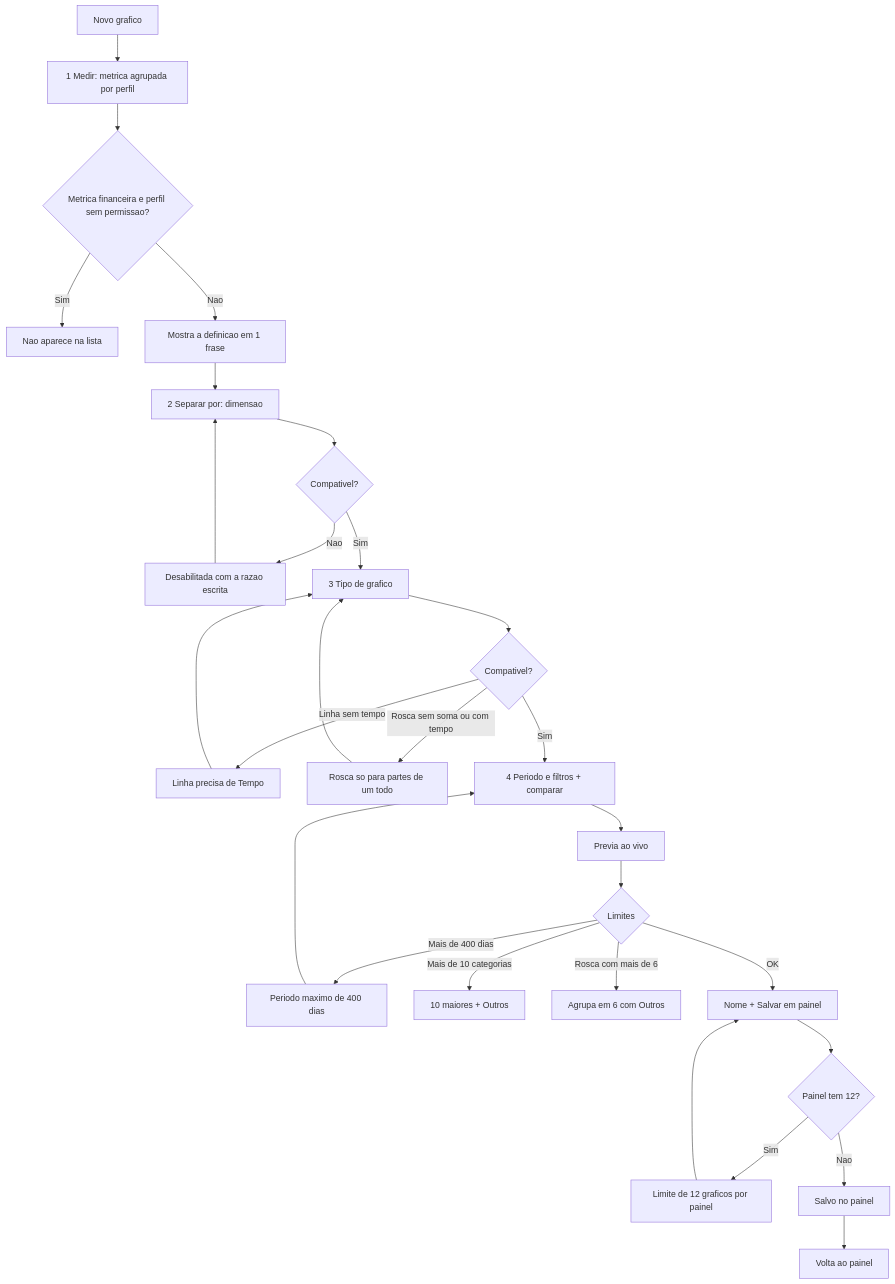
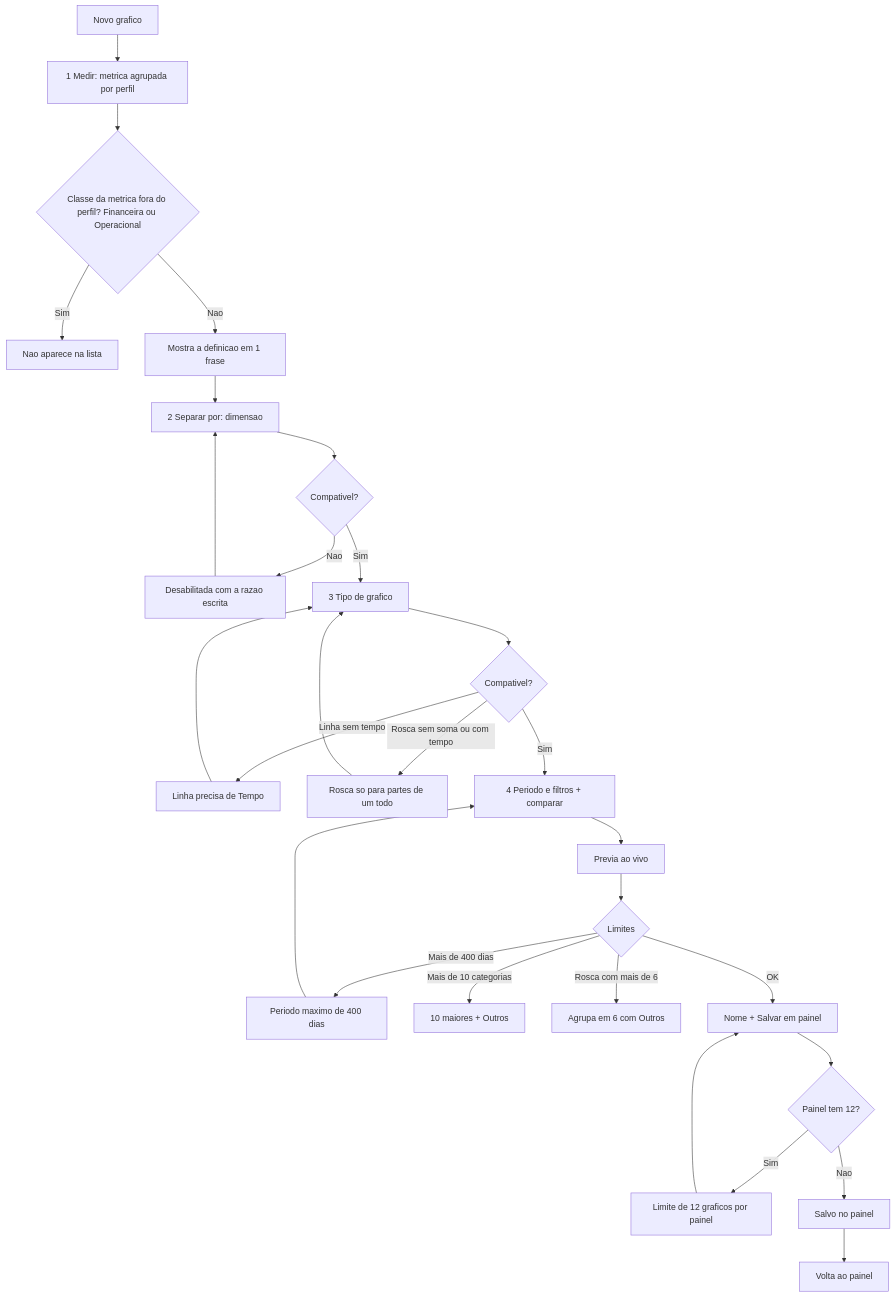
One commit to yagogavilan/webag changed the second of 2 diagrams in docs/design/fluxos/v1-1-paineis.md. Above: the diagram before and after it, drawn with Mermaid. The commit also changed other lines of this file and 9 other files, not shown here.

````diff
--- a/docs/design/fluxos/v1-1-paineis.md
+++ b/docs/design/fluxos/v1-1-paineis.md
@@ -39,24 +39,24 @@
 ```mermaid
 flowchart TD
   B[Novo grafico] --> M[1 Medir: metrica agrupada por perfil]
-  M --> PM{Metrica financeira e perfil sem permissao?}
+  M --> PM{Classe da metrica fora do perfil? Financeira ou Operacional}
   PM -->|Sim| PM1[Nao aparece na lista]
   PM -->|Nao| DF[Mostra a definicao em 1 frase]
   DF --> D[2 Separar por: dimensao]
   D --> DC{Compativel?}
   DC -->|Nao| DC1[Desabilitada com a razao escrita] --> D
   DC -->|Sim| T[3 Tipo de grafico]
   T --> TC{Compativel?}
   TC -->|Linha sem tempo| TC1[Linha precisa de Tempo] --> T
   TC -->|Rosca sem soma ou com tempo| TC2[Rosca so para partes de um todo] --> T
   TC -->|Sim| F[4 Periodo e filtros + comparar]
   F --> PV[Previa ao vivo]
   PV --> LM{Limites}
   LM -->|Mais de 400 dias| LM1[Periodo maximo de 400 dias] --> F
   LM -->|Mais de 10 categorias| LM2[10 maiores + Outros]
   LM -->|Rosca com mais de 6| LM3[Agrupa em 6 com Outros]
   LM -->|OK| SV[Nome + Salvar em painel]
   SV --> PL{Painel tem 12?}
   PL -->|Sim| PL1[Limite de 12 graficos por painel] --> SV
   PL -->|Nao| DONE[Salvo no painel] --> VW[Volta ao painel]
 ```
````
